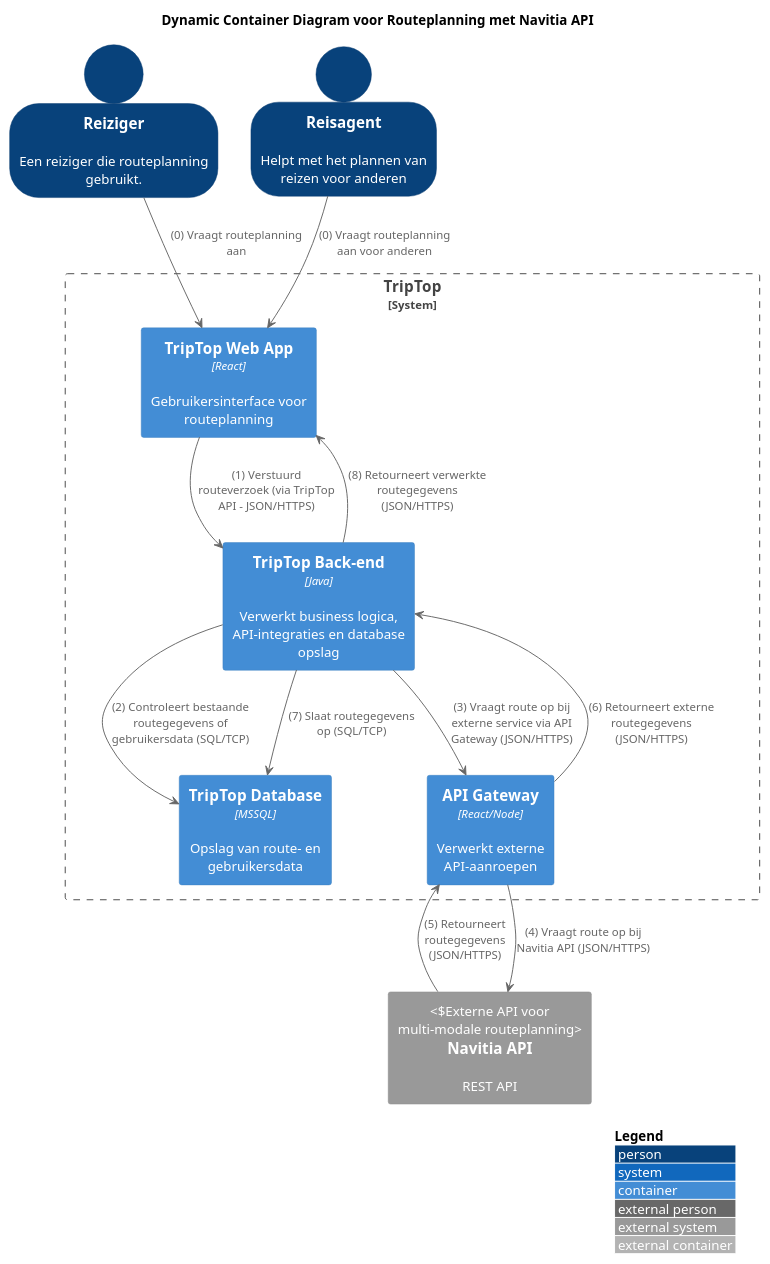
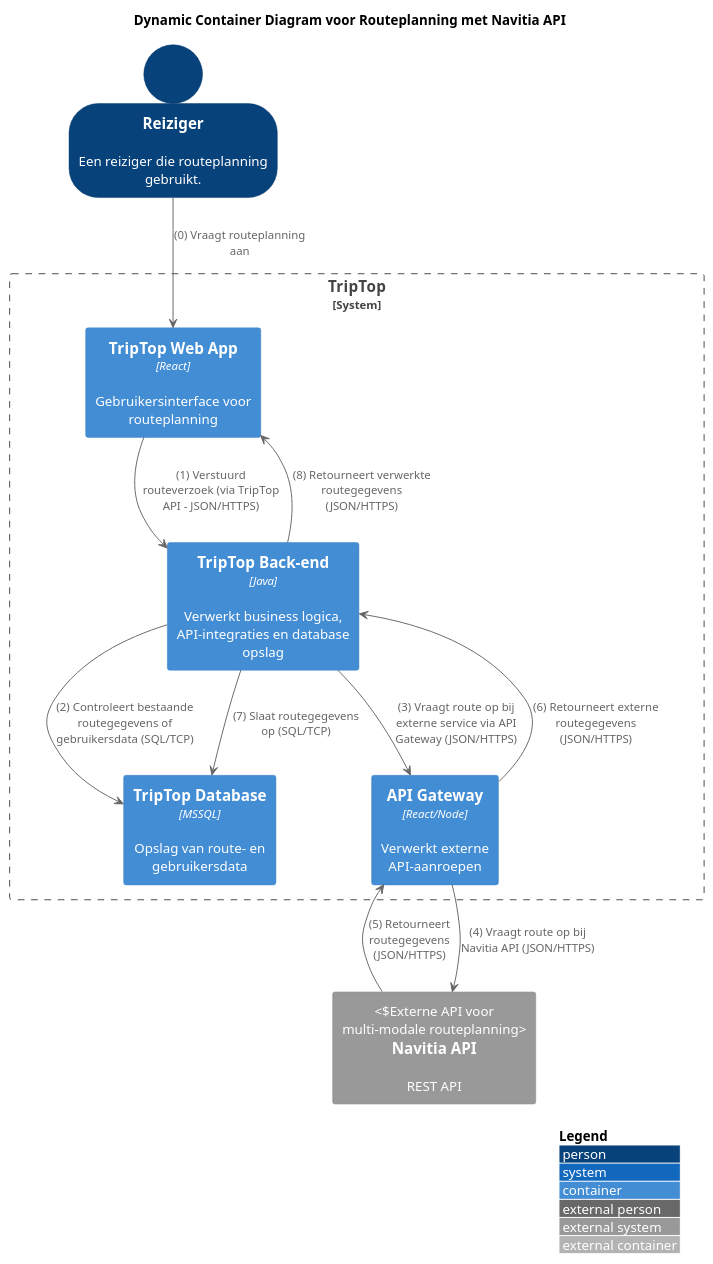
The diagram in opdracht-diagrammen/V1-dynamicContainerNavitiaApi.plantuml (AIM-ENE-feb25/triptop-jrn), drawn with PlantUML before and after one commit. The commit also changed 13 other files, not shown here.

```diff
--- a/opdracht-diagrammen/V1-dynamicContainerNavitiaApi.plantuml
+++ b/opdracht-diagrammen/V1-dynamicContainerNavitiaApi.plantuml
@@ -1,38 +1,35 @@
 @startuml
 !include https://raw.githubusercontent.com/plantuml-stdlib/C4-PlantUML/master/C4_Context.puml
 !include <C4/C4_Container>
 
 title Dynamic Container Diagram voor Routeplanning met Navitia API
 
 LAYOUT_WITH_LEGEND()
 SHOW_PERSON_OUTLINE()
 
 ' Personen bovenaan
 Person(Reiziger, "Reiziger", "Een reiziger die routeplanning gebruikt.")
-Person(Reisagent, "Reisagent", "Helpt met het plannen van reizen voor anderen")
 
 ' TripTop system boundary in het midden
 System_Boundary(triptop_core, "TripTop") {
     Container(ui, "TripTop Web App", "React", "Gebruikersinterface voor routeplanning")
     Container(backend, "TripTop Back-end", "Java", "Verwerkt business logica, API-integraties en database opslag")
     Container(db, "TripTop Database", "MSSQL", "Opslag van route- en gebruikersdata")
     Container(gateway, "API Gateway", "React/Node", "Verwerkt externe API-aanroepen")
 }
 
 ' Externe systemen onderaan
 System_Ext(navitia, "Navitia API", "REST API", "Externe API voor multi-modale routeplanning")
 
 ' Dynamische interacties met genummerde stappen
 Reiziger --> ui : (0) Vraagt routeplanning aan
-Reisagent --> ui : (0) Vraagt routeplanning aan voor anderen
-
 ui --> backend : (1) Verstuurd routeverzoek (via TripTop API - JSON/HTTPS)
 backend --> db : (2) Controleert bestaande routegegevens of gebruikersdata (SQL/TCP)
 backend --> gateway : (3) Vraagt route op bij externe service via API Gateway (JSON/HTTPS)
 gateway --> navitia : (4) Vraagt route op bij Navitia API (JSON/HTTPS)
 navitia --> gateway : (5) Retourneert routegegevens (JSON/HTTPS)
 gateway --> backend : (6) Retourneert externe routegegevens (JSON/HTTPS)
 backend --> db : (7) Slaat routegegevens op (SQL/TCP)
 backend --> ui : (8) Retourneert verwerkte routegegevens (JSON/HTTPS)
 
 @enduml
```
